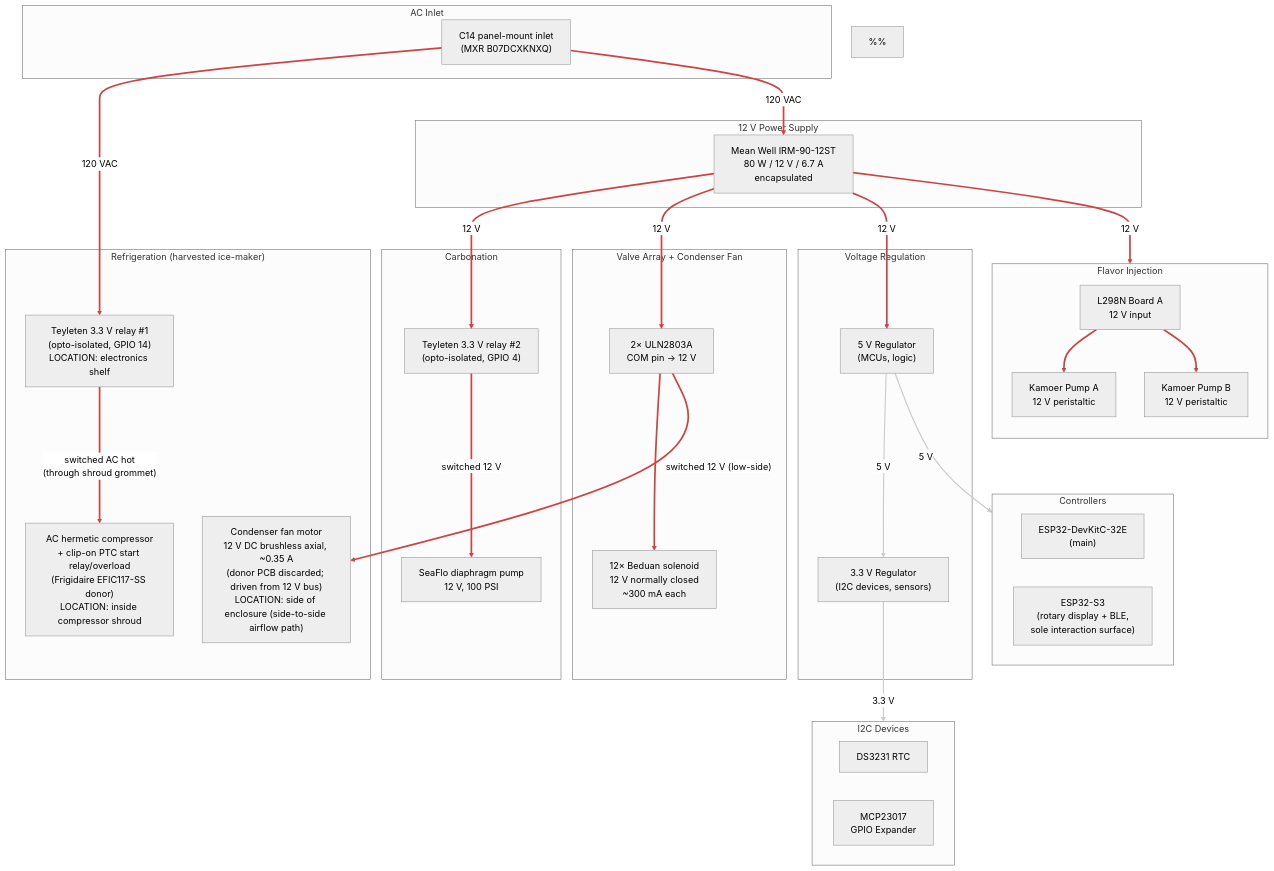
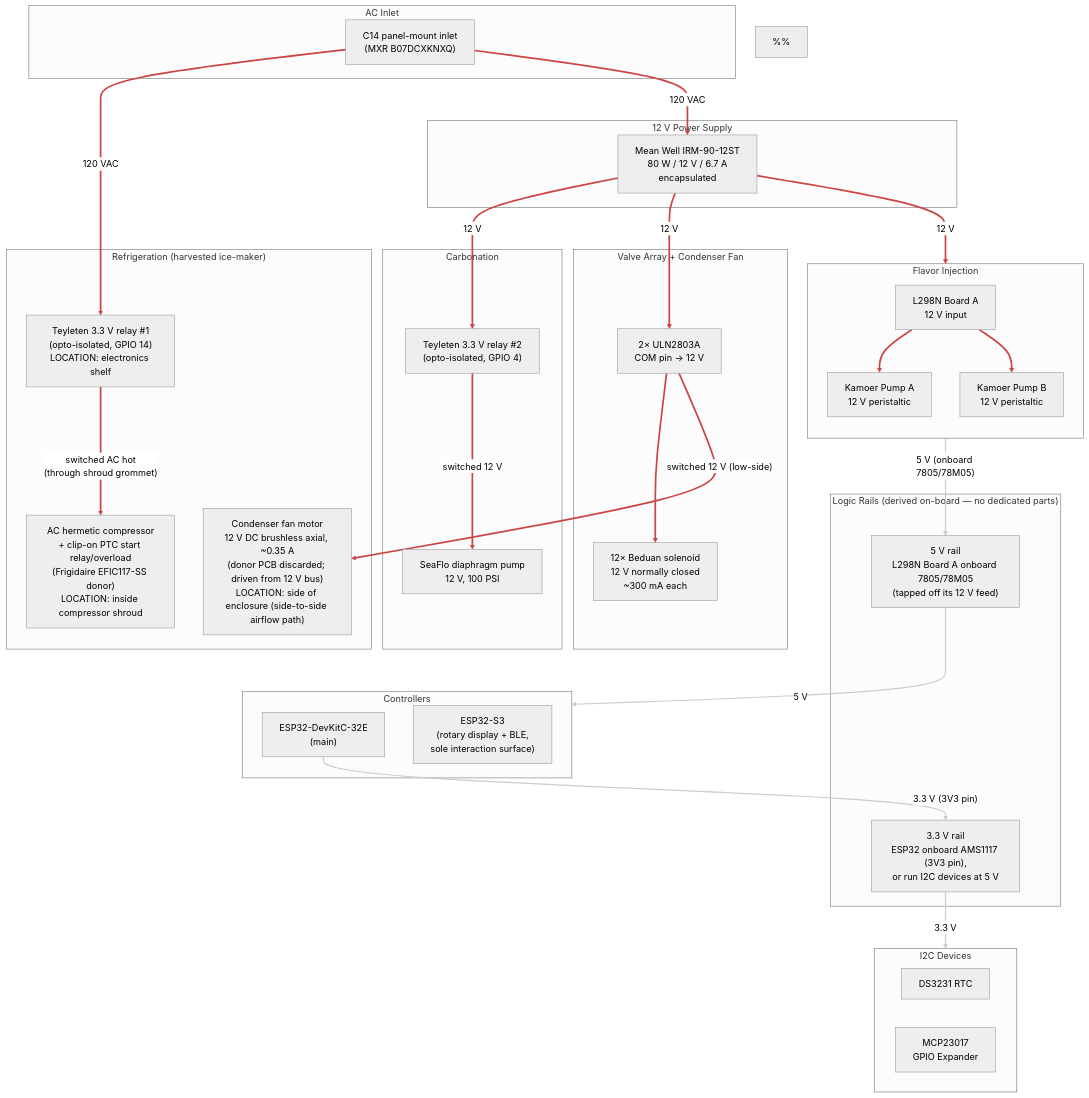
One commit to derekbreden/homesodamachine changed the diagram in hardware/wiring/power.mmd. Above: the diagram before and after it, drawn with Mermaid (neutral theme). The commit also changed 5 other files, not shown here.

First line of the commit message:
power: name the 5 V / 3.3 V logic-rail sources (L298N 78M05, ESP32 AMS1117)

```diff
--- a/hardware/wiring/power.mmd
+++ b/hardware/wiring/power.mmd
@@ -1,124 +1,138 @@
 flowchart TD
 
   %% Power Distribution (current plan).
   %% 120 VAC mains in via C14 inlet; Mean Well 12 V PSU supplies the
   %% 12 V bus for everything except the compressor itself, which runs
   %% on switched mains via Teyleten relay #1 (ESP32 GPIO 14). The 12 V
   %% diaphragm pump is gated by Teyleten relay #2 (ESP32 GPIO 4) so
   %% firmware can keep refill off during an active dispense.
   %%
+  %% Logic rails are derived on boards already on the 12 V bus — there
+  %% are no dedicated regulator parts. 5 V comes from the L298N Board A
+  %% onboard 7805/78M05 (fed by the same 12 V that drives the peristaltic
+  %% pumps) and powers the ESP32 boards. 3.3 V for the I2C devices comes
+  %% from the ESP32's onboard AMS1117 (its 3V3 pin) — or the DS3231
+  %% (3.3–5.5 V) and MCP23017 (1.8–5.5 V) run directly at 5 V. The 5 V
+  %% draw is small (ESP32 + S3 + MCP + RTC), but the 78M05 drops 7 V at
+  %% 12→5, so verify the actual logic-rail current and the regulator's
+  %% junction temperature at shelf ambient during bring-up; add a
+  %% stick-on heatsink if margin is thin.
+  %%
   %% Physical placement:
   %% - The C14 inlet, AC distribution, PSU, both Teyleten relays, the
-  %%   ESP32, MCP23017, ULN2803A pair, L298N, and voltage regulators
-  %%   all sit on a single electronics shelf at the top-back of the
-  %%   enclosure, behind the rear-panel C14 inlet.
+  %%   ESP32, MCP23017, ULN2803A pair, and L298N all sit on a single
+  %%   electronics shelf at the top-back of the enclosure, behind the
+  %%   rear-panel C14 inlet.
   %% - The compressor sits middle-bottom inside a fire-rated metal
   %%   shroud (because the appliance is going into kitchens used by
   %%   friends, family, and customers the founder knows by name, and
   %%   safe handling of the R-600a charge is what UL 60335-2-89
   %%   actually requires); its clip-on PTC start relay + overload
   %%   module is co-located with the compressor body inside the shroud.
   %% - Teyleten relay #1 stays on the SHELF, OUTSIDE the shroud.
   %%   Only switched AC enters the shroud (one wire bundle through one
   %%   grommet: switched H + N + chassis G). This avoids placing an
   %%   arcing contact inside the protected hydrocarbon-refrigerant
   %%   compartment.
   %% - The condenser fan motor is on the side of the enclosure
   %%   (the side-to-side intake → condenser → exhaust airflow path)
   %%   and is OUTSIDE the shroud. It is a 12 V DC brushless axial
   %%   fan: the donor ice maker's own PCB regulated mains to 12 V
   %%   to drive it (factory wiring was never AC on the fan itself),
   %%   so on harvest we discard the donor PCB and drive the fan
   %%   from our own 12 V bus. Low-side switched via one channel of
   %%   ULN2803A #2 driven from MCP23017 0x21 PA4 — same pattern as
   %%   the solenoid valves. Firmware turns it on/off in lockstep
   %%   with the compressor.
   %%
   %% See `ac-wiring-schedule.md` for run-by-run gauges + lengths and
   %% `../cut-parts/compressor-shroud/` for the shroud part.
 
   subgraph AC_Inlet["AC Inlet"]
     C14["C14 panel-mount inlet\n(MXR B07DCXKNXQ)"]
   end
 
   subgraph Supply["12 V Power Supply"]
     PSU["Mean Well IRM-90-12ST\n80 W / 12 V / 6.7 A\nencapsulated"]
   end
 
   subgraph Refrigeration["Refrigeration  (harvested ice-maker)"]
     RELAY["Teyleten 3.3 V relay #1\n(opto-isolated, GPIO 14)\nLOCATION: electronics shelf"]
     COMP_AC["AC hermetic compressor\n+ clip-on PTC start relay/overload\n(Frigidaire EFIC117-SS donor)\nLOCATION: inside compressor shroud"]
     COND_FAN["Condenser fan motor\n12 V DC brushless axial, ~0.35 A\n(donor PCB discarded; driven from 12 V bus)\nLOCATION: side of enclosure (side-to-side airflow path)"]
     RELAY ==>|"switched AC hot\n(through shroud grommet)"| COMP_AC
   end
 
-  subgraph Regulation["Voltage Regulation"]
-    REG_5V["5 V Regulator\n(MCUs, logic)"]
-    REG_3V3["3.3 V Regulator\n(I2C devices, sensors)"]
+  subgraph Regulation["Logic Rails (derived on-board — no dedicated parts)"]
+    REG_5V["5 V rail\nL298N Board A onboard 7805/78M05\n(tapped off its 12 V feed)"]
+    REG_3V3["3.3 V rail\nESP32 onboard AMS1117 (3V3 pin),\nor run I2C devices at 5 V"]
   end
 
   subgraph Carbonation["Carbonation"]
     DIA_RELAY["Teyleten 3.3 V relay #2\n(opto-isolated, GPIO 4)"]
     DIA_PUMP["SeaFlo diaphragm pump\n12 V, 100 PSI"]
     DIA_RELAY ==>|"switched 12 V"| DIA_PUMP
   end
 
   subgraph Flavor["Flavor Injection"]
     direction TB
     L298["L298N Board A\n12 V input"]
     PUMP_A["Kamoer Pump A\n12 V peristaltic"]
     PUMP_B["Kamoer Pump B\n12 V peristaltic"]
     L298 ==> PUMP_A
     L298 ==> PUMP_B
   end
 
   subgraph Valve_Power["Valve Array + Condenser Fan"]
     ULN["2× ULN2803A\nCOM pin → 12 V"]
     VALVES["12× Beduan solenoid\n12 V normally closed\n~300 mA each"]
     ULN ==> VALVES
   end
 
   %% Condenser fan rides the same low-side switching pattern as the
   %% solenoid valves: one ULN2803A #2 channel (driven from MCP23017
   %% 0x21 PA4) sinks the fan's return when commanded. Crossing the
   %% subgraph boundary is intentional — the fan is semantically part
   %% of Refrigeration, but its switching topology is the valve pattern.
   ULN ==>|"switched 12 V (low-side)"| COND_FAN
 
   subgraph MCUs["Controllers"]
     ESP32["ESP32-DevKitC-32E\n(main)"]
     S3["ESP32-S3\n(rotary display + BLE,\n sole interaction surface)"]
   end
 
   subgraph I2C_Devices["I2C Devices"]
     RTC["DS3231 RTC"]
     MCP["MCP23017\nGPIO Expander"]
   end
 
   %% AC distribution (hot leg)
   C14 ==>|"120 VAC"| RELAY
   C14 ==>|"120 VAC"| PSU
 
   %% 12 V distribution
   PSU ==>|"12 V"| DIA_RELAY
   PSU ==>|"12 V"| L298
   PSU ==>|"12 V"| ULN
-  PSU ==>|"12 V"| REG_5V
 
-  %% Regulated logic-level
-  REG_5V -->|"5 V"| REG_3V3
+  %% Logic rails (derived on-board, not dedicated parts)
+  L298 -->|"5 V (onboard 7805/78M05)"| REG_5V
   REG_5V -->|"5 V"| MCUs
+  ESP32 -->|"3.3 V (3V3 pin)"| REG_3V3
   REG_3V3 -->|"3.3 V"| I2C_Devices
 
   %% Power paths (red, thick).
   %% 0    = relay #1 -> compressor (switched AC, through shroud)
   %% 1    = Teyleten relay #2 -> diaphragm pump (switched 12 V)
   %% 2-3  = L298 -> peristaltic pumps
   %% 4    = ULN2803A -> solenoid valves
   %% 5    = ULN2803A -> condenser fan (switched 12 V, low-side)
   %% 6-7  = C14 -> relay #1, C14 -> PSU (AC mains)
-  %% 8-11 = PSU 12 V trunk to all subsystems
-  linkStyle 0,1,2,3,4,5,6,7,8,9,10,11 stroke:#c44,stroke-width:3px
-  %% Regulated logic-level supplies (5V, 3.3V): white workhorse.
-  %% 12-14 = REG_5V -> REG_3V3, REG_5V -> MCUs, REG_3V3 -> I2C devices.
-  linkStyle 12,13,14 stroke:#ccc,stroke-width:2px
+  %% 8-10 = PSU 12 V trunk to diaphragm relay, L298N, ULN2803A
+  linkStyle 0,1,2,3,4,5,6,7,8,9,10 stroke:#c44,stroke-width:3px
+  %% Logic rails (5 V, 3.3 V), derived on-board: white workhorse.
+  %% 11 = L298N onboard reg -> 5 V rail
+  %% 12 = 5 V rail -> MCUs
+  %% 13 = ESP32 onboard AMS1117 (3V3 pin) -> 3.3 V rail
+  %% 14 = 3.3 V rail -> I2C devices
+  linkStyle 11,12,13,14 stroke:#ccc,stroke-width:2px
```
